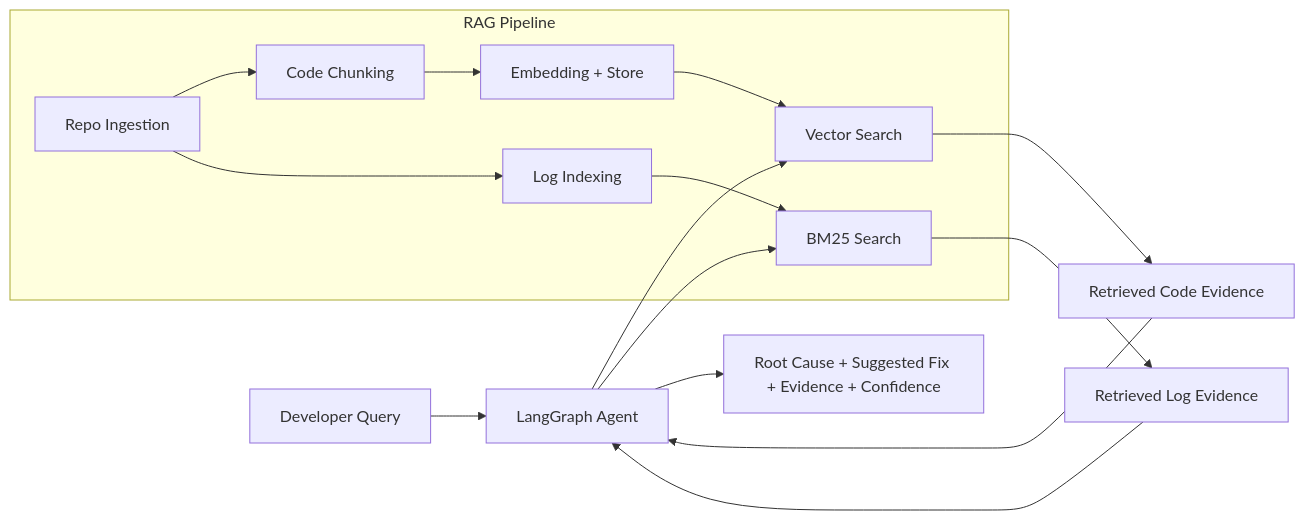
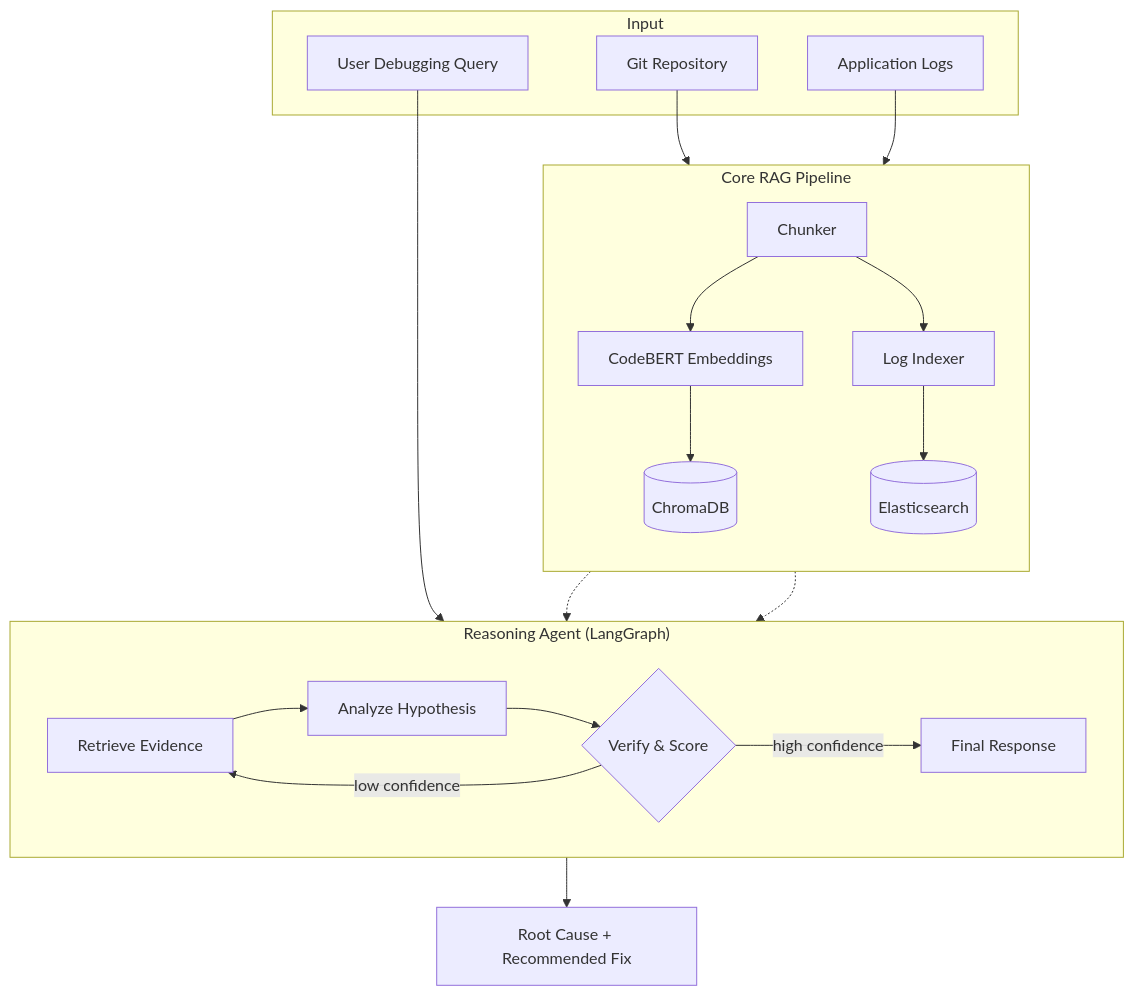
Before and after one commit to snehas-05/CodeRag-Project: the diagram in README.md, drawn with Mermaid. The commit also changed other lines of this file and 11 other files, not shown here.

````diff
--- a/README.md
+++ b/README.md
@@ -80,25 +52,31 @@
 ```mermaid
-flowchart LR
-		U[Developer Query] --> A[LangGraph Agent]
+flowchart TD
+    subgraph Input
+        Q[User Debugging Query]
+        L[Application Logs]
+        R[Git Repository]
+    end
 
-		subgraph RAG Pipeline
-			B[Repo Ingestion]
-			C[Code Chunking]
-			D[Embedding + Store]
-			E[Vector Search]
-			F[Log Indexing]
-			G[BM25 Search]
-		end
+    subgraph "Core RAG Pipeline"
+        direction TB
+        B1[Chunker] --> B2[CodeBERT Embeddings]
+        B1 --> B3[Log Indexer]
+        B2 --> B4[(ChromaDB)]
+        B3 --> B5[(Elasticsearch)]
+    end
 
-		A --> E
-		A --> G
-		B --> C --> D --> E
-		B --> F --> G
+    subgraph "Reasoning Agent (LangGraph)"
+        direction LR
+        A1[Retrieve Evidence] --> A2[Analyze Hypothesis]
+        A2 --> A3{Verify & Score}
+        A3 -- low confidence --> A1
+        A3 -- high confidence --> A4[Final Response]
+    end
 
-		E --> H[Retrieved Code Evidence]
-		G --> I[Retrieved Log Evidence]
-		H --> A
-		I --> A
-
-		A --> J[Root Cause + Suggested Fix + Evidence + Confidence]
+    R --> B1
+    L --> B3
+    Q --> A1
+    B4 -.-> A1
+    B5 -.-> A1
+    A4 --> Out[Root Cause + Recommended Fix]
 ```
````
